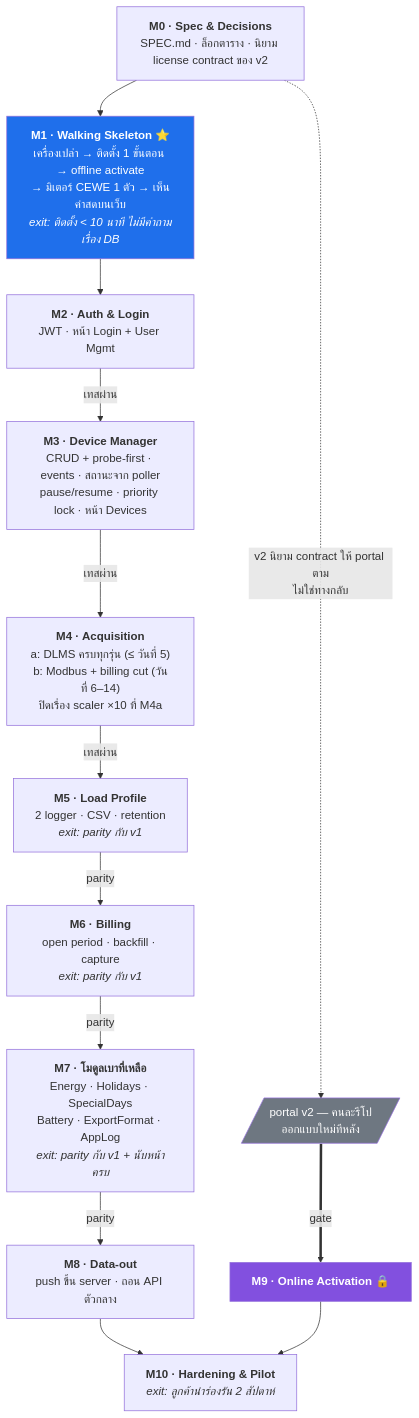
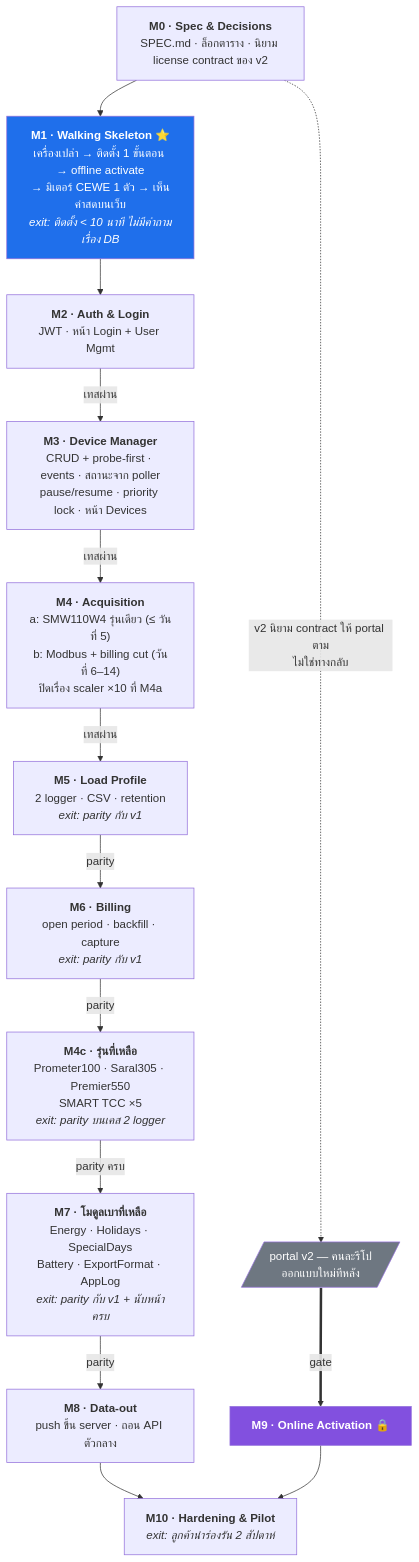
One commit to sunchanin/arichds-application-v2 changed the second of 4 diagrams in docs/REMAKE-PLAN.md. Above: the diagram before and after it, drawn with Mermaid. The commit also changed other lines of this file and 1 other file, not shown here.

````diff
--- a/docs/REMAKE-PLAN.md
+++ b/docs/REMAKE-PLAN.md
@@ -65,23 +65,24 @@
 ```mermaid
 flowchart TD
     M0["<b>M0 · Spec & Decisions</b><br/>SPEC.md · ล็อกตาราง · นิยาม license contract ของ v2"]
     M1["<b>M1 · Walking Skeleton</b> ⭐<br/>เครื่องเปล่า → ติดตั้ง 1 ขั้นตอน → offline activate<br/>→ มิเตอร์ CEWE 1 ตัว → เห็นค่าสดบนเว็บ<br/><i>exit: ติดตั้ง &lt; 10 นาที ไม่มีคำถามเรื่อง DB</i>"]
     M2["<b>M2 · Auth & Login</b><br/>JWT · หน้า Login + User Mgmt"]
     M3["<b>M3 · Device Manager</b><br/>CRUD + probe-first · events · สถานะจาก poller<br/>pause/resume · priority lock · หน้า Devices"]
-    M4["<b>M4 · Acquisition</b><br/>a: DLMS ครบทุกรุ่น (≤ วันที่ 5)<br/>b: Modbus + billing cut (วันที่ 6–14)<br/>ปิดเรื่อง scaler ×10 ที่ M4a"]
+    M4["<b>M4 · Acquisition</b><br/>a: SMW110W4 รุ่นเดียว (≤ วันที่ 5)<br/>b: Modbus + billing cut (วันที่ 6–14)<br/>ปิดเรื่อง scaler ×10 ที่ M4a"]
+    M4C["<b>M4c · รุ่นที่เหลือ</b><br/>Prometer100 · Saral305 · Premier550<br/>SMART TCC ×5<br/><i>exit: parity บนเคส 2 logger</i>"]
     M5["<b>M5 · Load Profile</b><br/>2 logger · CSV · retention<br/><i>exit: parity กับ v1</i>"]
     M6["<b>M6 · Billing</b><br/>open period · backfill · capture<br/><i>exit: parity กับ v1</i>"]
     M7["<b>M7 · โมดูลเบาที่เหลือ</b><br/>Energy · Holidays · SpecialDays<br/>Battery · ExportFormat · AppLog<br/><i>exit: parity กับ v1 + นับหน้าครบ</i>"]
     M8["<b>M8 · Data-out</b><br/>push ขึ้น server · ถอน API ตัวกลาง"]
     M9["<b>M9 · Online Activation</b> 🔒"]
     M10["<b>M10 · Hardening & Pilot</b><br/><i>exit: ลูกค้านำร่องรัน 2 สัปดาห์</i>"]
     PORTAL[/"portal v2 — คนละรีโป<br/>ออกแบบใหม่ทีหลัง"/]
 
-    M0 --> M1 --> M2 -- "เทสผ่าน" --> M3 -- "เทสผ่าน" --> M4 -- "เทสผ่าน" --> M5 -- "parity" --> M6 -- "parity" --> M7 -- "parity" --> M8 --> M10
+    M0 --> M1 --> M2 -- "เทสผ่าน" --> M3 -- "เทสผ่าน" --> M4 -- "เทสผ่าน" --> M5 -- "parity" --> M6 -- "parity" --> M4C -- "parity ครบ" --> M7 -- "parity" --> M8 --> M10
     M0 -. "v2 นิยาม contract ให้ portal ตาม<br/>ไม่ใช่ทางกลับ" .-> PORTAL
     PORTAL == "gate" ==> M9 --> M10
 
     style M1 fill:#1f6feb,color:#fff
     style M9 fill:#8250df,color:#fff
     style PORTAL fill:#6e7781,color:#fff
 ```
````
